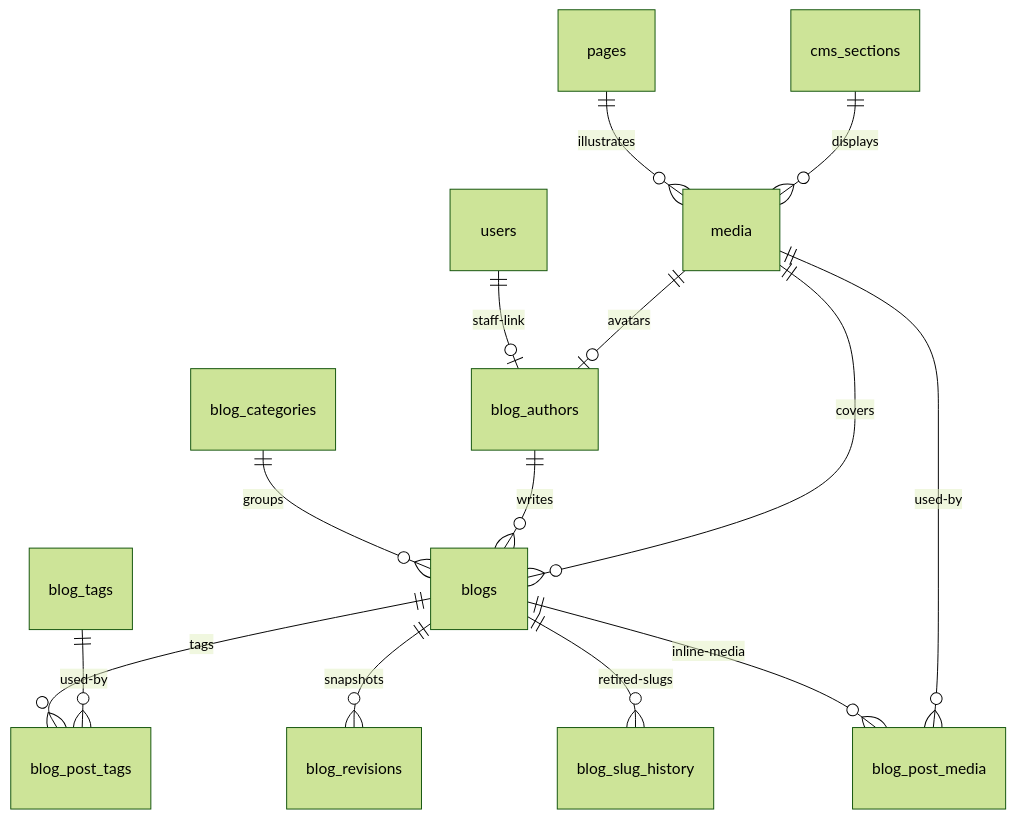
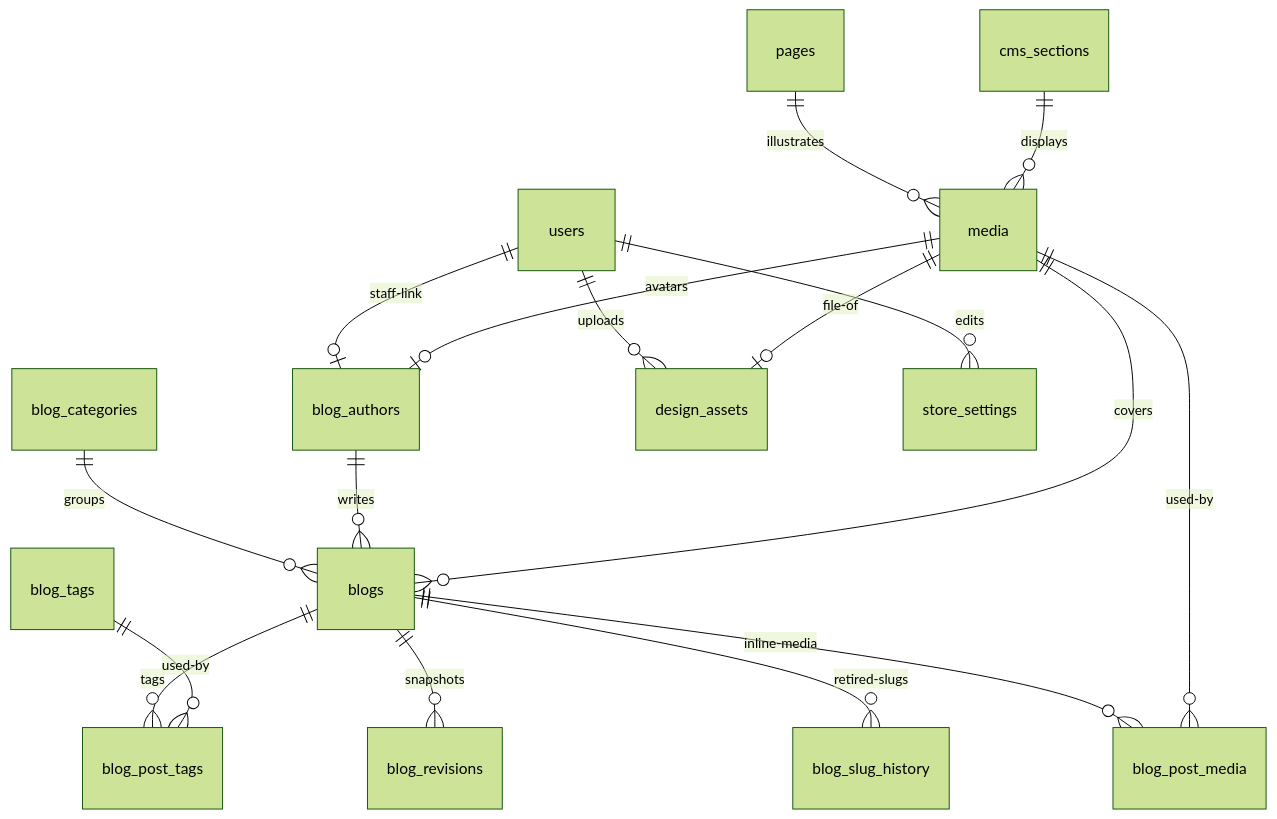
The diagram in DOC/backend/09-CMS-Media.md (UnmarriedIdentity/the-unlugged-wear), drawn with Mermaid (forest theme) before and after one commit. The commit also changed other lines of this file, not shown here.

First line of the commit message:
docs(db): document the design-asset library and media metadata

````diff
--- a/DOC/backend/09-CMS-Media.md
+++ b/DOC/backend/09-CMS-Media.md
@@ -314,16 +359,19 @@
 ```mermaid
 erDiagram
     users ||--o| blog_authors : staff-link
     media ||--o| blog_authors : avatars
     blog_categories ||--o{ blogs : groups
     blog_authors ||--o{ blogs : writes
     media ||--o{ blogs : covers
     blogs ||--o{ blog_post_tags : tags
     blog_tags ||--o{ blog_post_tags : used-by
     blogs ||--o{ blog_revisions : snapshots
     blogs ||--o{ blog_slug_history : retired-slugs
     blogs ||--o{ blog_post_media : inline-media
     media ||--o{ blog_post_media : used-by
+    users ||--o{ design_assets : uploads
+    media ||--o| design_assets : file-of
+    users ||--o{ store_settings : edits
     pages ||--o{ media : illustrates
     cms_sections ||--o{ media : displays
 ```
````
